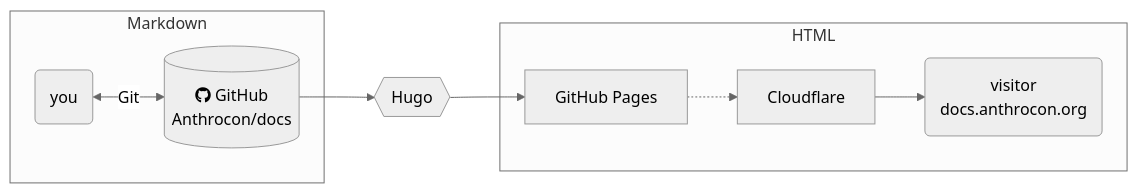
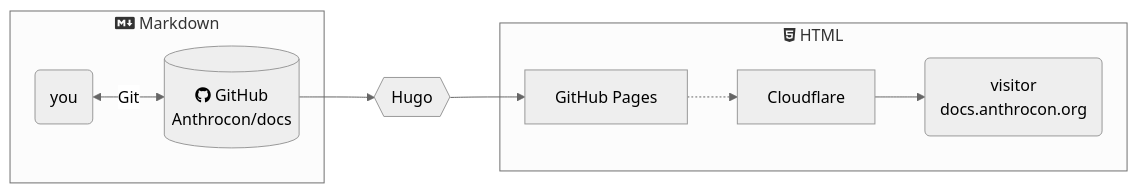
One commit to Anthrocon/docs changed the diagram in content/docs/GitHub/Overview.md. Above: the diagram before and after it, drawn with Mermaid. The commit also changed other lines of this file, not shown here.

```diff
--- a/content/docs/GitHub/Overview.md
+++ b/content/docs/GitHub/Overview.md
@@ -14,27 +16,27 @@
 {{< mermaid >}}
     %%{
         init: {
             "theme": "neutral"
         }
     }%%
 
     flowchart LR
         you(you)
         github[(fab:fa-github GitHub\nAnthrocon/docs)]
         hugo{{Hugo}}
         githubPages[GitHub Pages]
         cloudflare[Cloudflare]
         visitor(visitor\ndocs.anthrocon.org)
 
-        subgraph Markdown
+        subgraph fab:fa-markdown Markdown
             you <-- Git --> github
         end
 
         github --> hugo
         hugo --> githubPages
 
-        subgraph HTML
+        subgraph fab:fa-html5 HTML
             githubPages -.-> cloudflare
             cloudflare --> visitor
         end
 {{< /mermaid >}}
```
